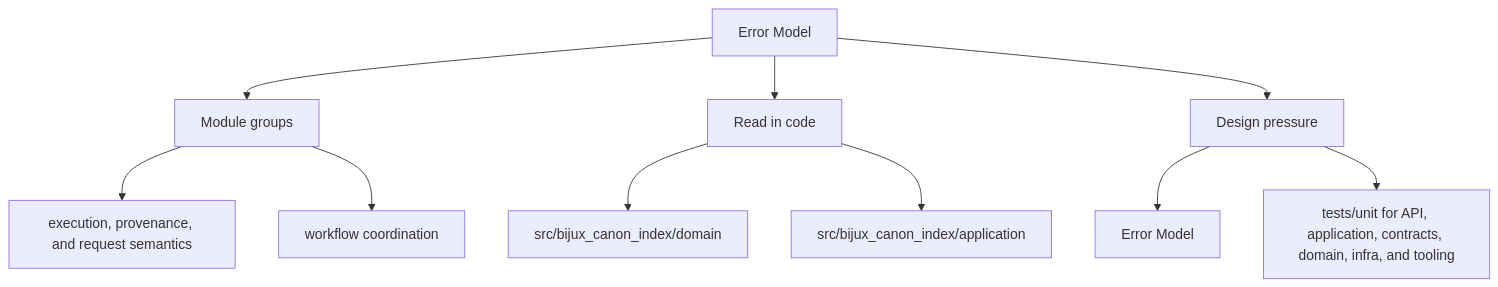
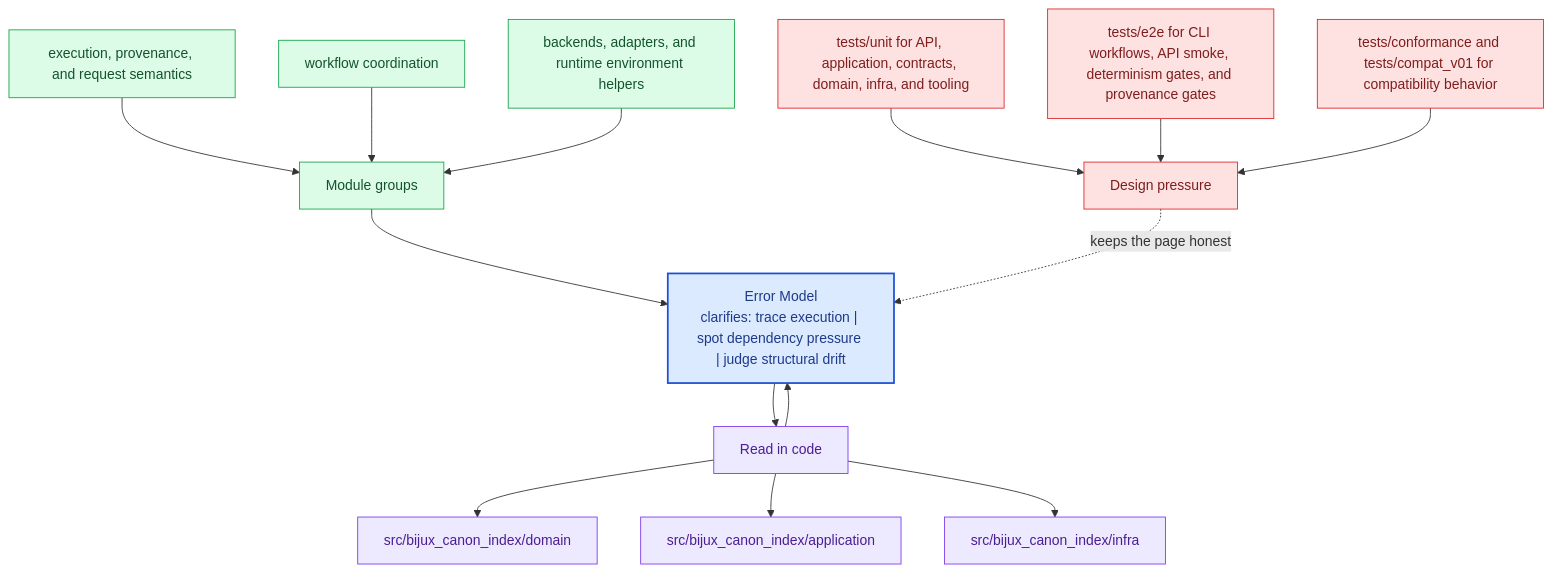
Before and after one commit to bijux/bijux-canon: the second of 2 diagrams in docs/bijux-canon-index/architecture/error-model.md, drawn with Mermaid. The commit also changed other lines of this file and 281 other files, not shown here.

Commit message:
docs(diagrams): deepen handbook mermaid maps across the catalog

````diff
--- a/docs/bijux-canon-index/architecture/error-model.md
+++ b/docs/bijux-canon-index/architecture/error-model.md
@@ -35,22 +68,40 @@
 ```mermaid
-flowchart TD
-    page["Error Model"]
+flowchart TB
+    promise["Error Model<br/>clarifies: trace execution | spot dependency pressure | judge structural drift"]
+    classDef promise fill:#dbeafe,stroke:#1d4ed8,color:#1e3a8a,stroke-width:2px;
+    classDef driver fill:#dcfce7,stroke:#16a34a,color:#14532d;
+    classDef constraint fill:#fee2e2,stroke:#dc2626,color:#7f1d1d;
+    classDef ground fill:#ede9fe,stroke:#7c3aed,color:#4c1d95;
     focus1["Module groups"]
-    page --> focus1
+    focus1 --> promise
     focus1_1["execution, provenance, and request semantics"]
-    focus1 --> focus1_1
+    focus1_1 --> focus1
     focus1_2["workflow coordination"]
-    focus1 --> focus1_2
+    focus1_2 --> focus1
+    focus1_3["backends, adapters, and runtime environment helpers"]
+    focus1_3 --> focus1
+    class focus1 driver;
+    class focus1_1,focus1_2,focus1_3 driver;
     focus2["Read in code"]
-    page --> focus2
+    focus2 --> promise
+    promise --> focus2
     focus2_1["src/bijux_canon_index/domain"]
     focus2 --> focus2_1
     focus2_2["src/bijux_canon_index/application"]
     focus2 --> focus2_2
+    focus2_3["src/bijux_canon_index/infra"]
+    focus2 --> focus2_3
+    class focus2 ground;
+    class focus2_1,focus2_2,focus2_3 ground;
     focus3["Design pressure"]
-    page --> focus3
-    focus3_1["Error Model"]
-    focus3 --> focus3_1
-    focus3_2["tests/unit for API, application, contracts, domain, infra, and tooling"]
-    focus3 --> focus3_2
+    focus3 -.keeps the page honest.-> promise
+    focus3_1["tests/unit for API, application, contracts, domain, infra, and tooling"]
+    focus3_1 --> focus3
+    focus3_2["tests/e2e for CLI workflows, API smoke, determinism gates, and provenance gates"]
+    focus3_2 --> focus3
+    focus3_3["tests/conformance and tests/compat_v01 for compatibility behavior"]
+    focus3_3 --> focus3
+    class focus3 constraint;
+    class focus3_1,focus3_2,focus3_3 constraint;
+    class promise promise;
 ```
````
